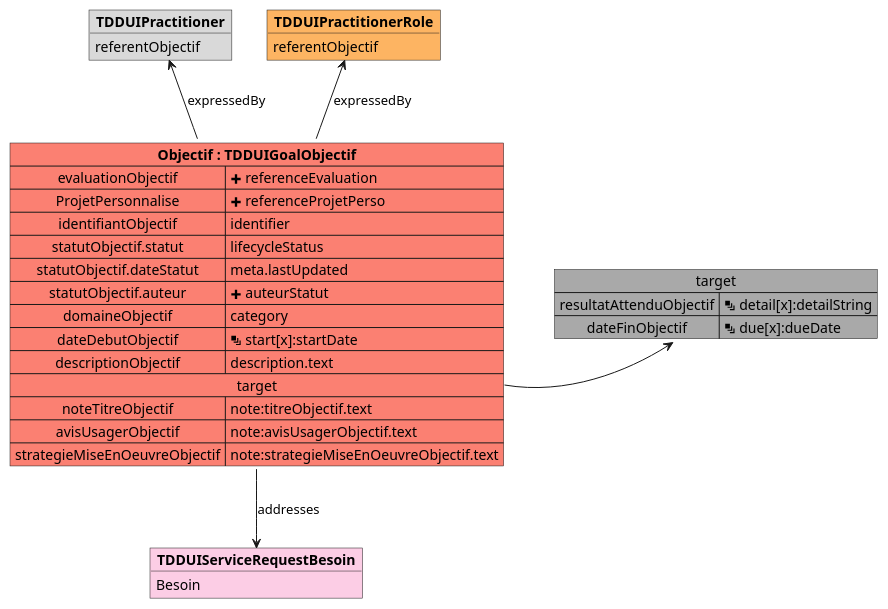
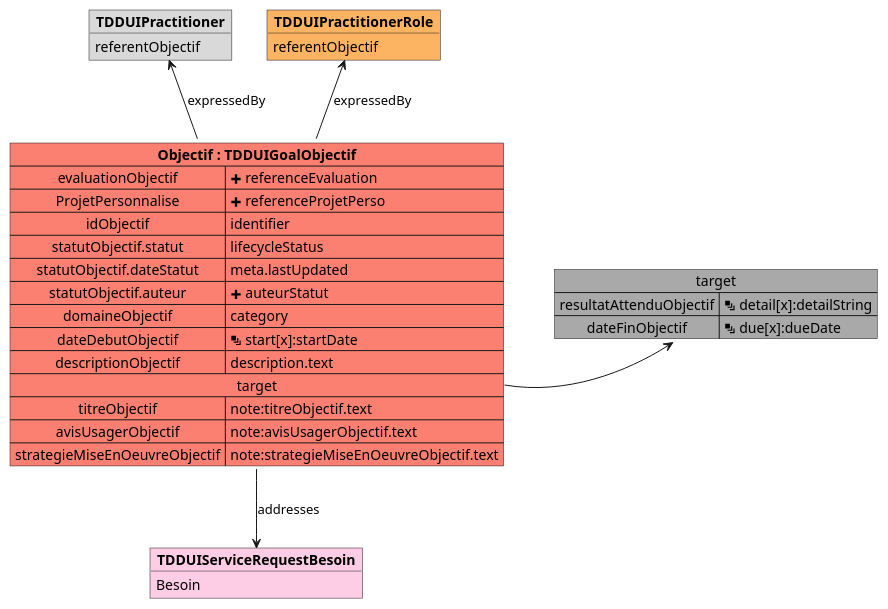
One commit to ansforge/IG-fhir-medicosocial-transfert-donnees-dui changed the diagram in input/images-source/mapping_TDDUIGoalObjectif.plantuml. Above: the diagram before and after it, drawn with PlantUML. The commit also changed 17 other files, not shown here.

```diff
--- a/input/images-source/mapping_TDDUIGoalObjectif.plantuml
+++ b/input/images-source/mapping_TDDUIGoalObjectif.plantuml
@@ -1,40 +1,40 @@
 @startuml
 
 map "target" as target #DarkGray {
     resultatAttenduObjectif => <&layers> detail[x]:detailString
     dateFinObjectif => <&layers> due[x]:dueDate
 }
 
 object "**TDDUIPractitionerRole**" as TDDUIPractitionerRole_expressedBy #fdb462 {
     referentObjectif
 }
 
 object "**TDDUIPractitioner**" as TDDUIPractitioner_expressedBy #d9d9d9 {
     referentObjectif
 }
 
 object "**TDDUIServiceRequestBesoin**" as TDDUIServiceRequestBesoin_addresses #fccde5 {
     Besoin
 }
 
 map "**Objectif : TDDUIGoalObjectif**" as Objectif #fb8072 {
     evaluationObjectif => <&plus> referenceEvaluation
     ProjetPersonnalise => <&plus> referenceProjetPerso
-    identifiantObjectif => identifier
+    idObjectif => identifier
     statutObjectif.statut => lifecycleStatus
     statutObjectif.dateStatut => meta.lastUpdated
     statutObjectif.auteur => <&plus> auteurStatut
     domaineObjectif => category
     dateDebutObjectif => <&layers> start[x]:startDate
     descriptionObjectif => description.text
     target *-> target
-    noteTitreObjectif => note:titreObjectif.text
+    titreObjectif => note:titreObjectif.text
     avisUsagerObjectif => note:avisUsagerObjectif.text
     strategieMiseEnOeuvreObjectif=> note:strategieMiseEnOeuvreObjectif.text
 }
 
 Objectif -u-> TDDUIPractitionerRole_expressedBy : expressedBy
 Objectif -u-> TDDUIPractitioner_expressedBy : expressedBy
 Objectif -d-> TDDUIServiceRequestBesoin_addresses : addresses
 
 @enduml
```
